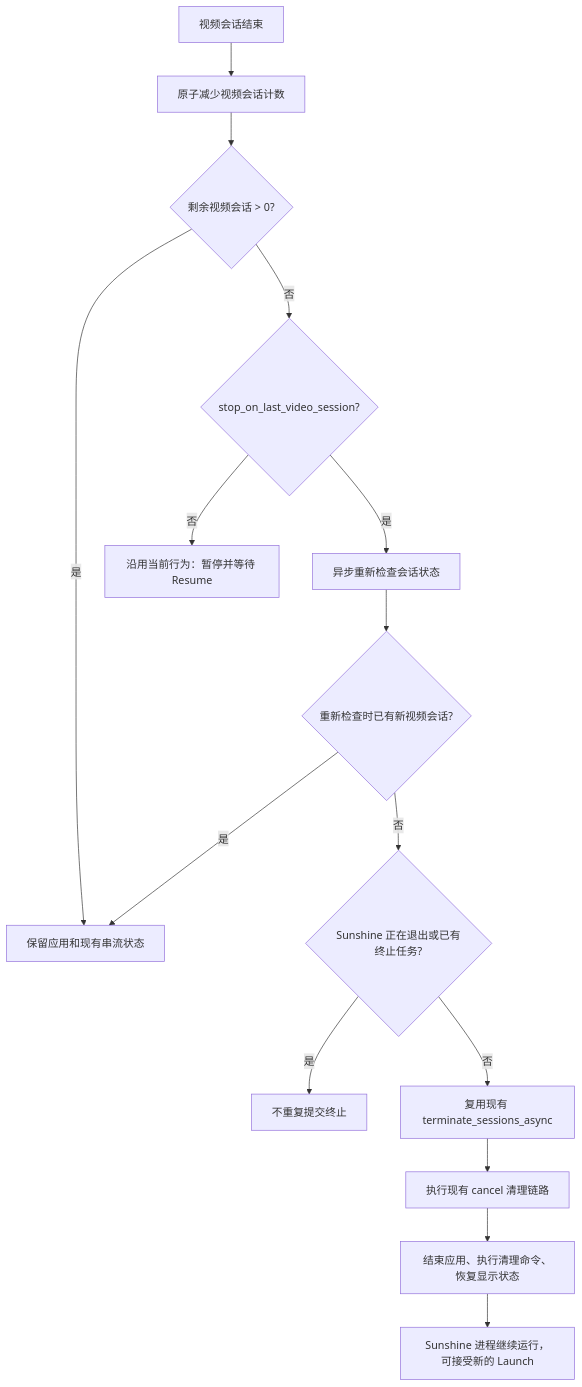
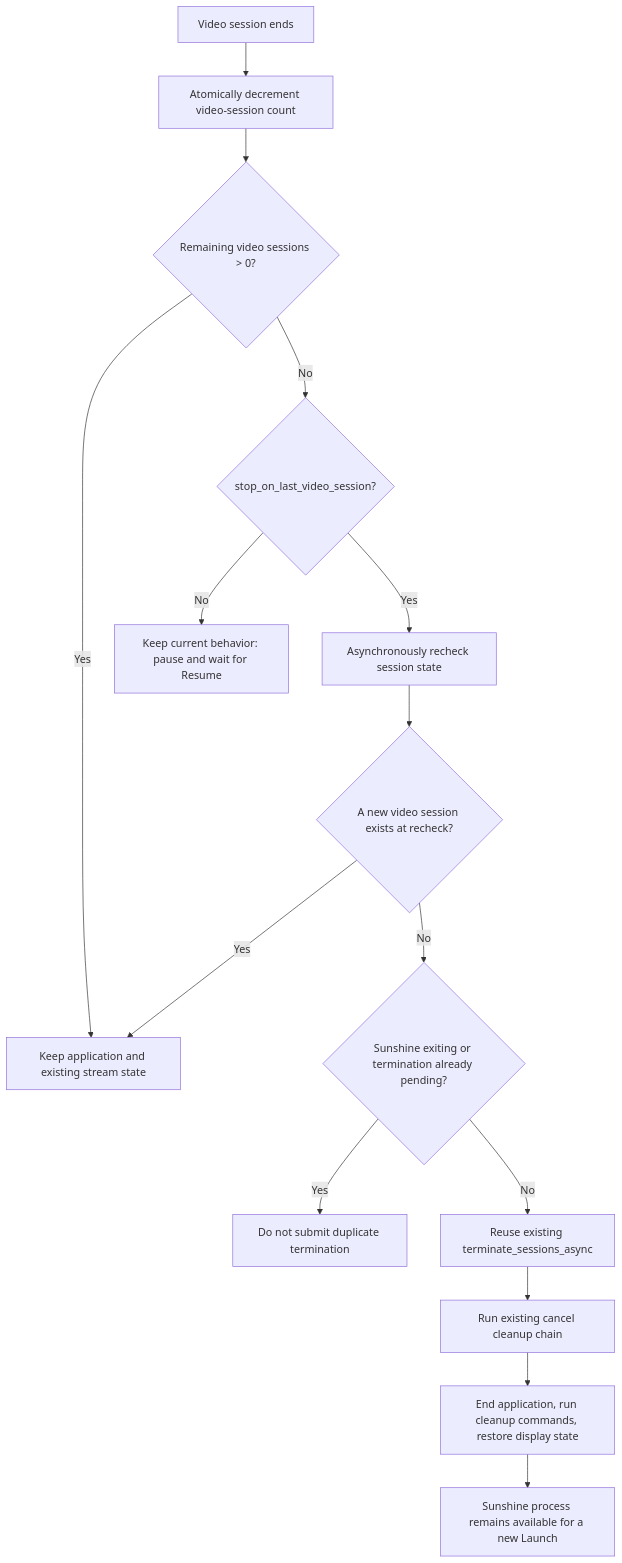
The diagram in docs/source/stop_on_last_video_session.md (TimeZone-LLC/foundation-sunshine-english), drawn with Mermaid before and after one commit. The commit also changed other lines of this file and 103 other files, not shown here.

````diff
--- a/docs/source/stop_on_last_video_session.md
+++ b/docs/source/stop_on_last_video_session.md
@@ -51,17 +51,17 @@
 ```mermaid
 flowchart TD
-    A[视频会话结束] --> B[原子减少视频会话计数]
-    B --> C{剩余视频会话 > 0?}
-    C -- 是 --> D[保留应用和现有串流状态]
-    C -- 否 --> E{stop_on_last_video_session?}
-    E -- 否 --> F[沿用当前行为：暂停并等待 Resume]
-    E -- 是 --> G[异步重新检查会话状态]
-    G --> H{重新检查时已有新视频会话?}
-    H -- 是 --> D
-    H -- 否 --> I{Sunshine 正在退出或已有终止任务?}
-    I -- 是 --> J[不重复提交终止]
-    I -- 否 --> K[复用现有 terminate_sessions_async]
-    K --> L[执行现有 cancel 清理链路]
-    L --> M[结束应用、执行清理命令、恢复显示状态]
-    M --> N[Sunshine 进程继续运行，可接受新的 Launch]
+    A[Video session ends] --> B[Atomically decrement video-session count]
+    B --> C{Remaining video sessions > 0?}
+    C -- Yes --> D[Keep application and existing stream state]
+    C -- No --> E{stop_on_last_video_session?}
+    E -- No --> F[Keep current behavior: pause and wait for Resume]
+    E -- Yes --> G[Asynchronously recheck session state]
+    G --> H{A new video session exists at recheck?}
+    H -- Yes --> D
+    H -- No --> I{Sunshine exiting or termination already pending?}
+    I -- Yes --> J[Do not submit duplicate termination]
+    I -- No --> K[Reuse existing terminate_sessions_async]
+    K --> L[Run existing cancel cleanup chain]
+    L --> M[End application, run cleanup commands, restore display state]
+    M --> N[Sunshine process remains available for a new Launch]
 ```
````
